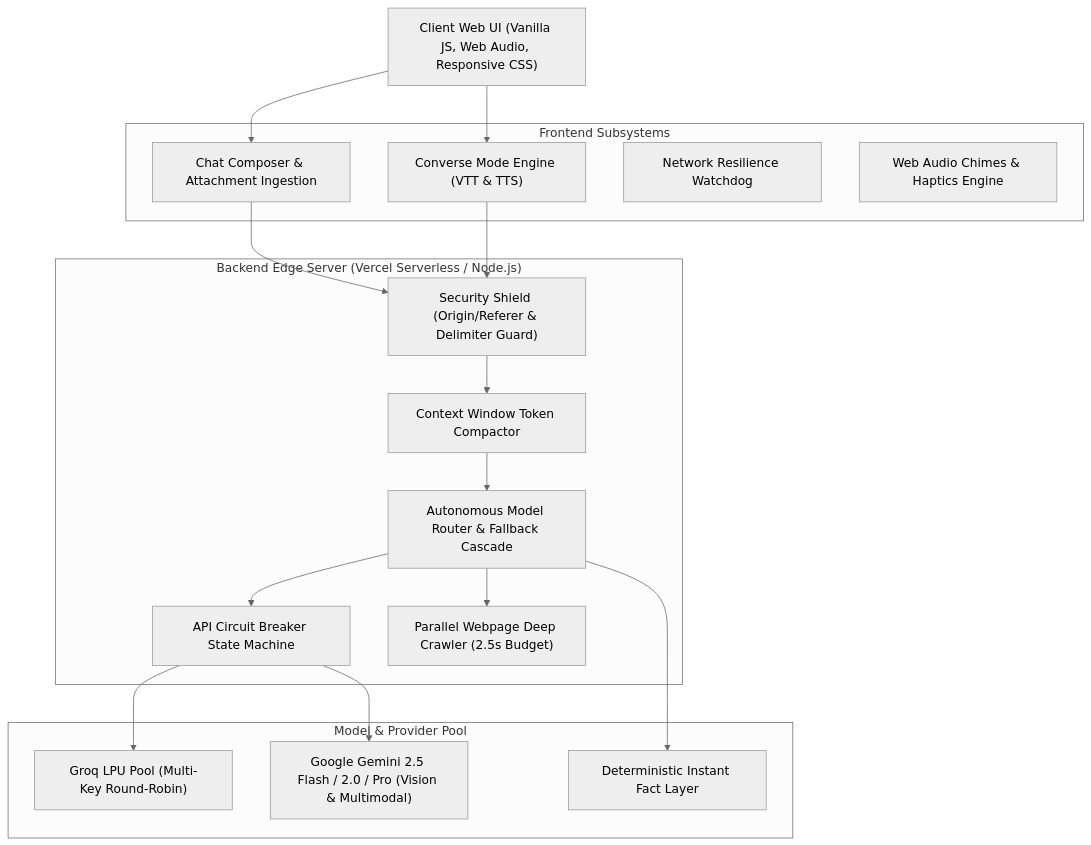
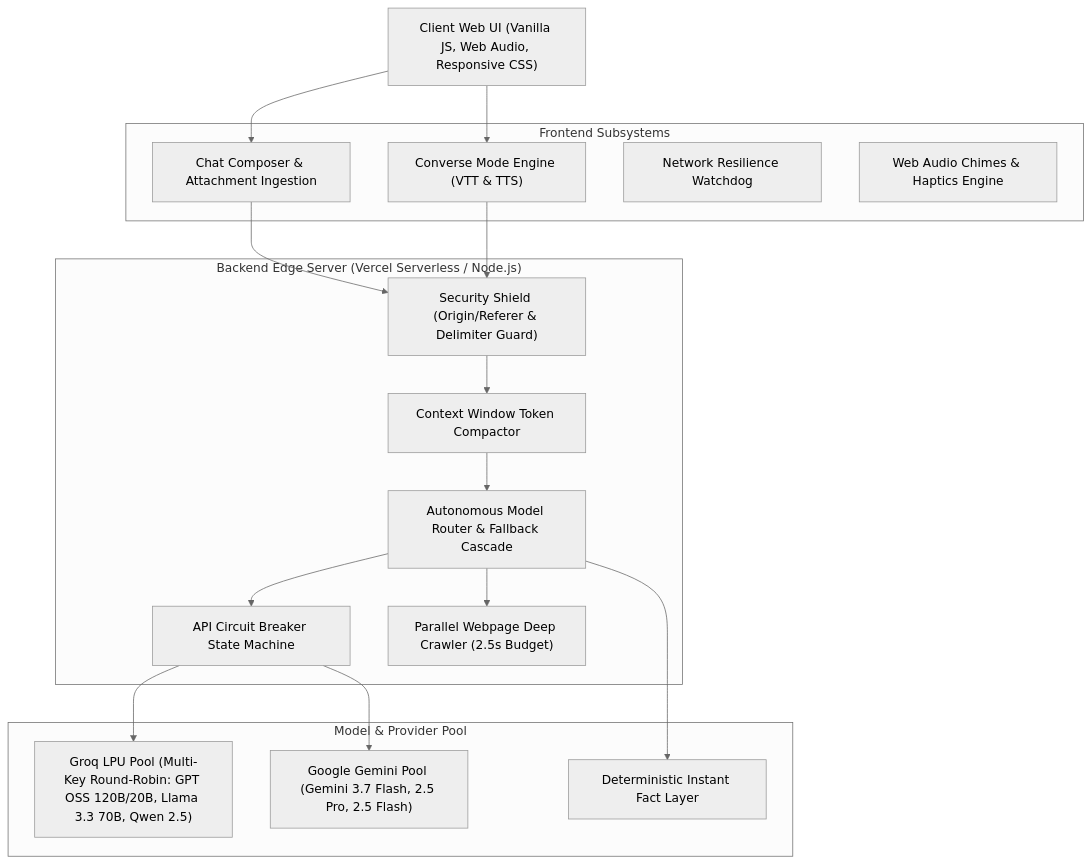
Before and after one commit to PrithvirajuVenkataraman/JARVIS: the first of 4 diagrams in SYSTEM_DESIGN.md, drawn with Mermaid (neutral theme). The commit also changed other lines of this file, not shown here.

````diff
--- a/SYSTEM_DESIGN.md
+++ b/SYSTEM_DESIGN.md
@@ -9,37 +9,37 @@
 ```mermaid
 graph TD
     Client["Client Web UI (Vanilla JS, Web Audio, Responsive CSS)"]
     
     subgraph Frontend["Frontend Subsystems"]
         ChatComposer["Chat Composer & Attachment Ingestion"]
         ConverseController["Converse Mode Engine (VTT & TTS)"]
         OfflineWatchdog["Network Resilience Watchdog"]
         AudioHaptics["Web Audio Chimes & Haptics Engine"]
     end
 
     subgraph Backend["Backend Edge Server (Vercel Serverless / Node.js)"]
         SecurityShield["Security Shield (Origin/Referer & Delimiter Guard)"]
         ContextCompactor["Context Window Token Compactor"]
         IntentRouter["Autonomous Model Router & Fallback Cascade"]
         CircuitBreaker["API Circuit Breaker State Machine"]
         DeepCrawler["Parallel Webpage Deep Crawler (2.5s Budget)"]
     end
 
     subgraph Models["Model & Provider Pool"]
-        GroqPool["Groq LPU Pool (Multi-Key Round-Robin)"]
-        GeminiPool["Google Gemini 2.5 Flash / 2.0 / Pro (Vision & Multimodal)"]
+        GroqPool["Groq LPU Pool (Multi-Key Round-Robin: GPT OSS 120B/20B, Llama 3.3 70B, Qwen 2.5)"]
+        GeminiPool["Google Gemini Pool (Gemini 3.7 Flash, 2.5 Pro, 2.5 Flash)"]
         DeterministicFacts["Deterministic Instant Fact Layer"]
     end
 
     Client --> ChatComposer
     Client --> ConverseController
     ChatComposer --> SecurityShield
     ConverseController --> SecurityShield
     SecurityShield --> ContextCompactor
     ContextCompactor --> IntentRouter
     IntentRouter --> CircuitBreaker
     IntentRouter --> DeepCrawler
     CircuitBreaker --> GroqPool
     CircuitBreaker --> GeminiPool
     IntentRouter --> DeterministicFacts
 ```
````
